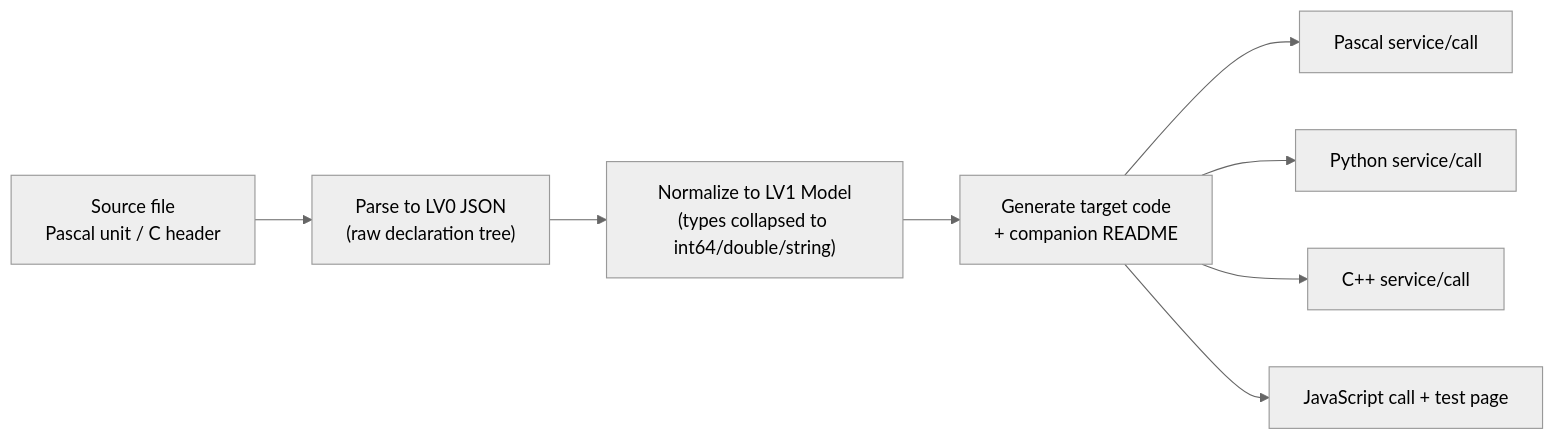
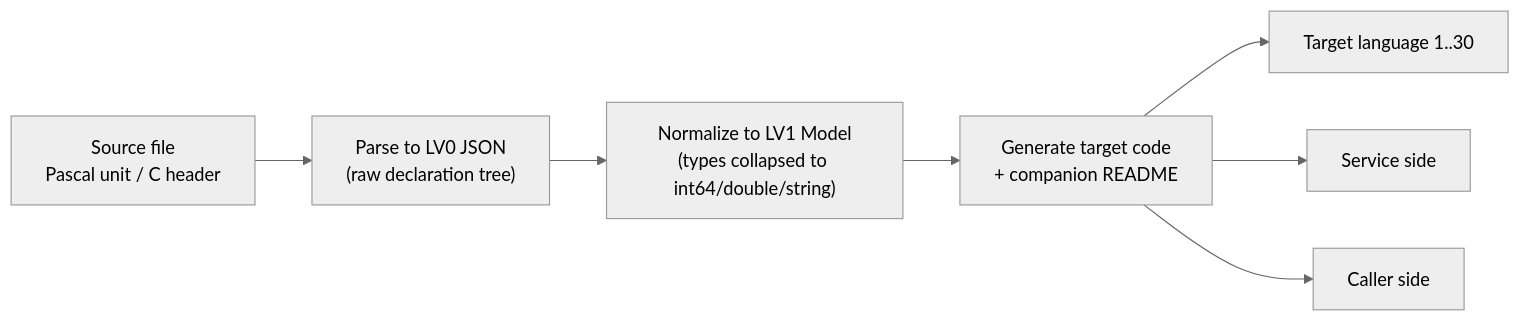
Before and after one commit to PassByYou888/LingoFuse-Tools: the first of 2 diagrams in readme.md, drawn with Mermaid (neutral theme). The commit also changed other lines of this file, not shown here.

````diff
--- a/readme.md
+++ b/readme.md
@@ -71,10 +311,9 @@
 ```mermaid
 flowchart LR
     A["Source file<br/>Pascal unit / C header"] --> B["Parse to LV0 JSON<br/>(raw declaration tree)"]
     B --> C["Normalize to LV1 Model<br/>(types collapsed to int64/double/string)"]
     C --> D["Generate target code<br/>+ companion README"]
-    D --> E1["Pascal service/call"]
-    D --> E2["Python service/call"]
-    D --> E3["C++ service/call"]
-    D --> E4["JavaScript call + test page"]
+    D --> E1["Target language 1..30"]
+    D --> E2["Service side"]
+    D --> E3["Caller side"]
 ```
````
